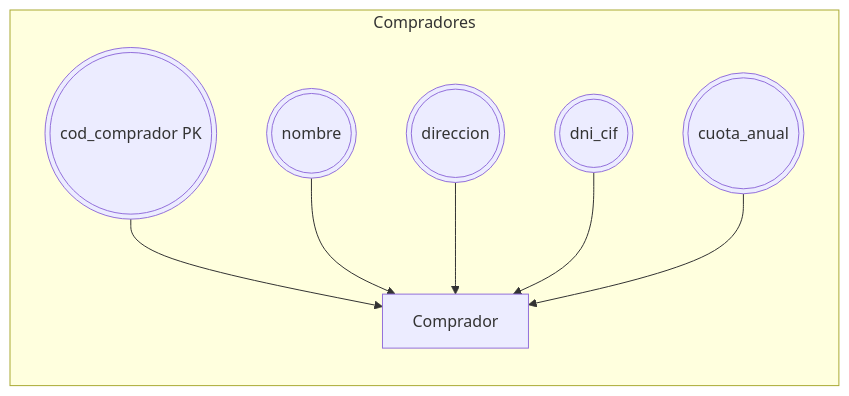
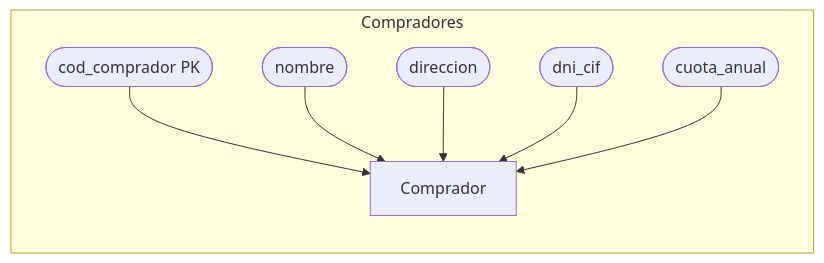
One commit to JulTob/Data changed the fourth of 7 diagrams in DataBases/lonja_DB.md. Above: the diagram before and after it, drawn with Mermaid. The commit also changed other lines of this file, not shown here.

````diff
--- a/DataBases/lonja_DB.md
+++ b/DataBases/lonja_DB.md
@@ -185,11 +185,11 @@
 ```mermaid
 flowchart LR   
   %% Atributos COMPRADOR
   subgraph Compradores
-  cod_comprador(((cod_comprador PK))):::atributo --> Comprador
-  nombre_compr(((nombre))):::atributo --> Comprador
-  direccion_compr(((direccion))):::atributo --> Comprador
-  dni_cif(((dni_cif))):::atributo --> Comprador
-  cuota_anual(((cuota_anual))):::atributo --> Comprador
+  cod_comprador([cod_comprador PK]):::atributo --> Comprador
+  nombre_compr([nombre]):::atributo --> Comprador
+  direccion_compr([direccion]):::atributo --> Comprador
+  dni_cif([dni_cif]):::atributo --> Comprador
+  cuota_anual([cuota_anual]):::atributo --> Comprador
   end
 ```
````
